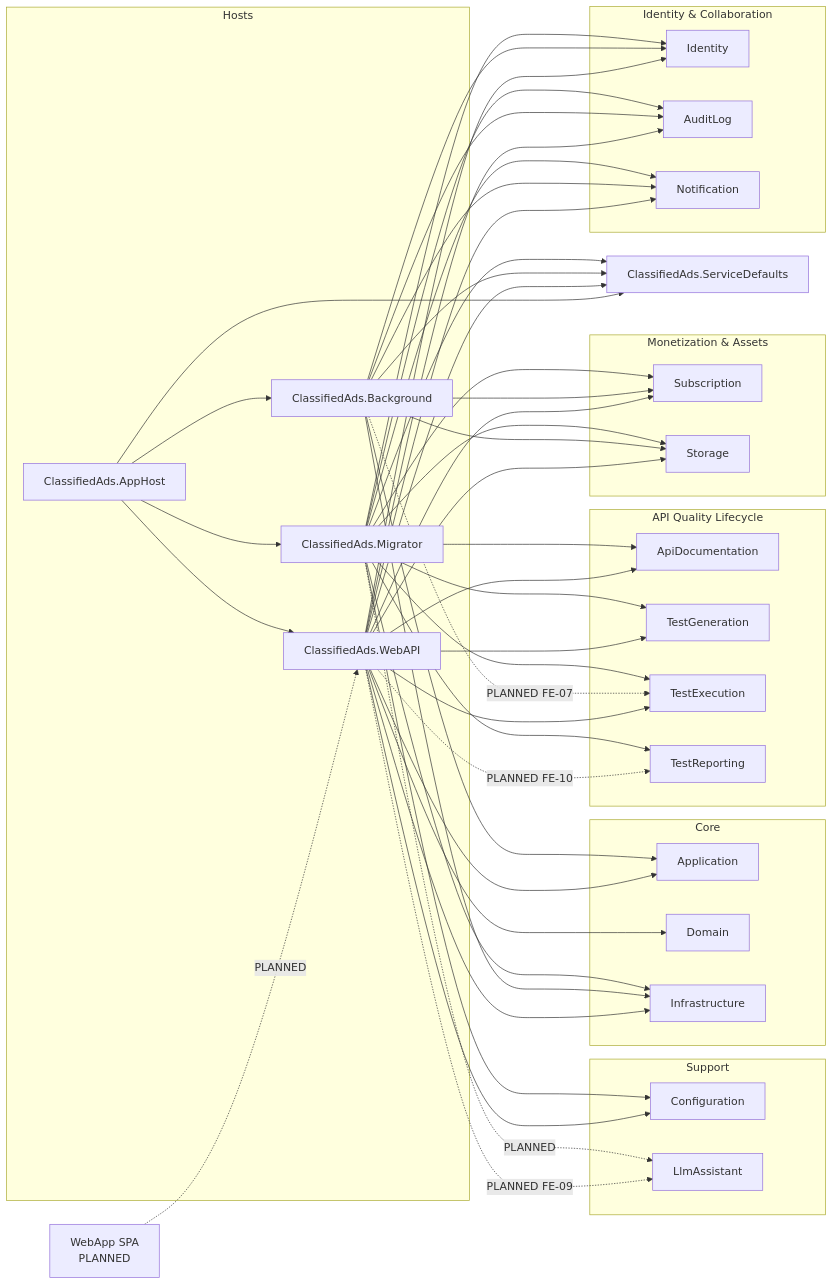
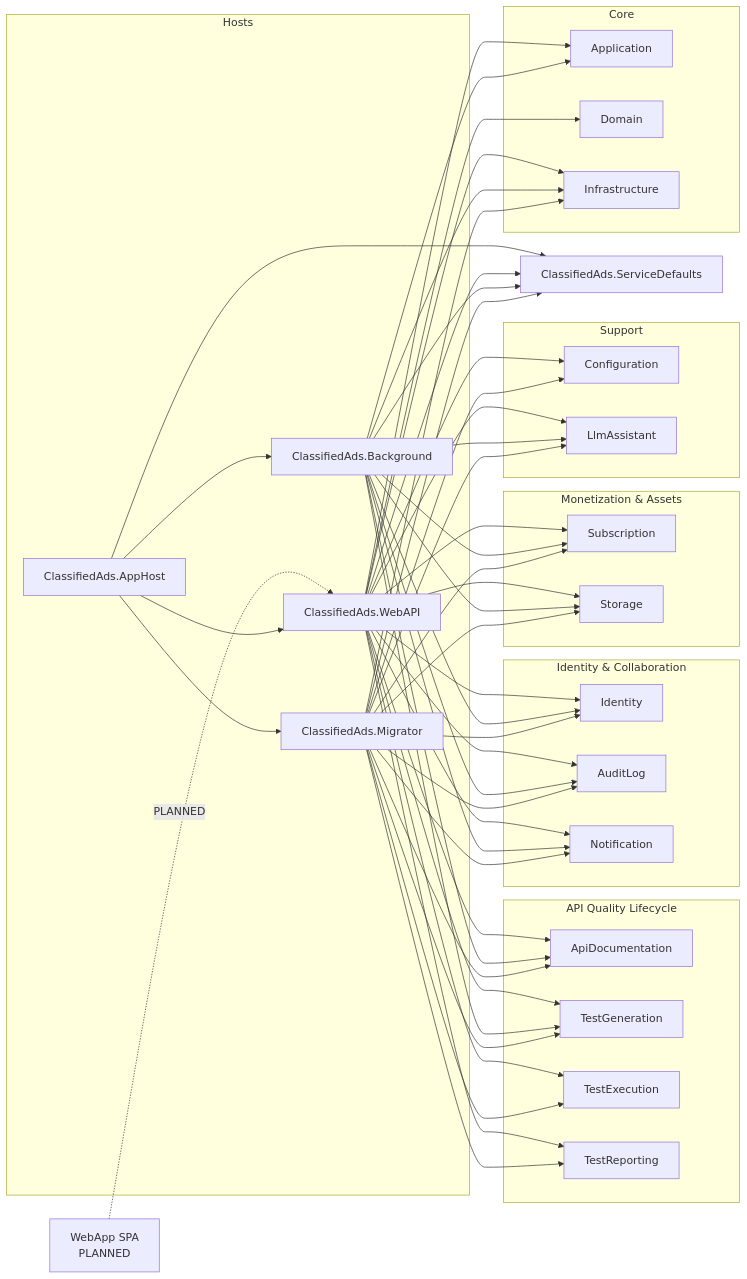
Before and after one commit to tinse-22/GSP26SE43.ModularMonolith: the third of 5 diagrams in docs/architecture/UML_PACKAGE_DIAGRAM_SOURCE.md, drawn with Mermaid. The commit also changed other lines of this file and 10 other files, not shown here.

```diff
--- a/docs/architecture/UML_PACKAGE_DIAGRAM_SOURCE.md
+++ b/docs/architecture/UML_PACKAGE_DIAGRAM_SOURCE.md
@@ -234,23 +240,23 @@
     WebAPI --> ApiDoc
     WebAPI --> TestGen
     WebAPI --> TestExec
+    WebAPI --> TestRep
     WebAPI --> Identity
     WebAPI --> AuditLog
     WebAPI --> Notification
     WebAPI --> Subscription
     WebAPI --> Storage
     WebAPI --> Configuration
+    WebAPI --> LlmAssistant
 
-    WebAPI -.->|PLANNED FE-10| TestRep
-    WebAPI -.->|PLANNED FE-09| LlmAssistant
-
+    Background --> ApiDoc
+    Background --> TestGen
     Background --> Identity
     Background --> AuditLog
     Background --> Notification
     Background --> Subscription
     Background --> Storage
-
-    Background -.->|PLANNED FE-07| TestExec
+    Background --> LlmAssistant
 
     Migrator --> ApiDoc
     Migrator --> TestGen
@@ -262,7 +268,7 @@
     Migrator --> Subscription
     Migrator --> Storage
     Migrator --> Configuration
-    Migrator -.->|PLANNED| LlmAssistant
+    Migrator --> LlmAssistant
 
     WebAPI --> Application
     WebAPI --> Domain
```
